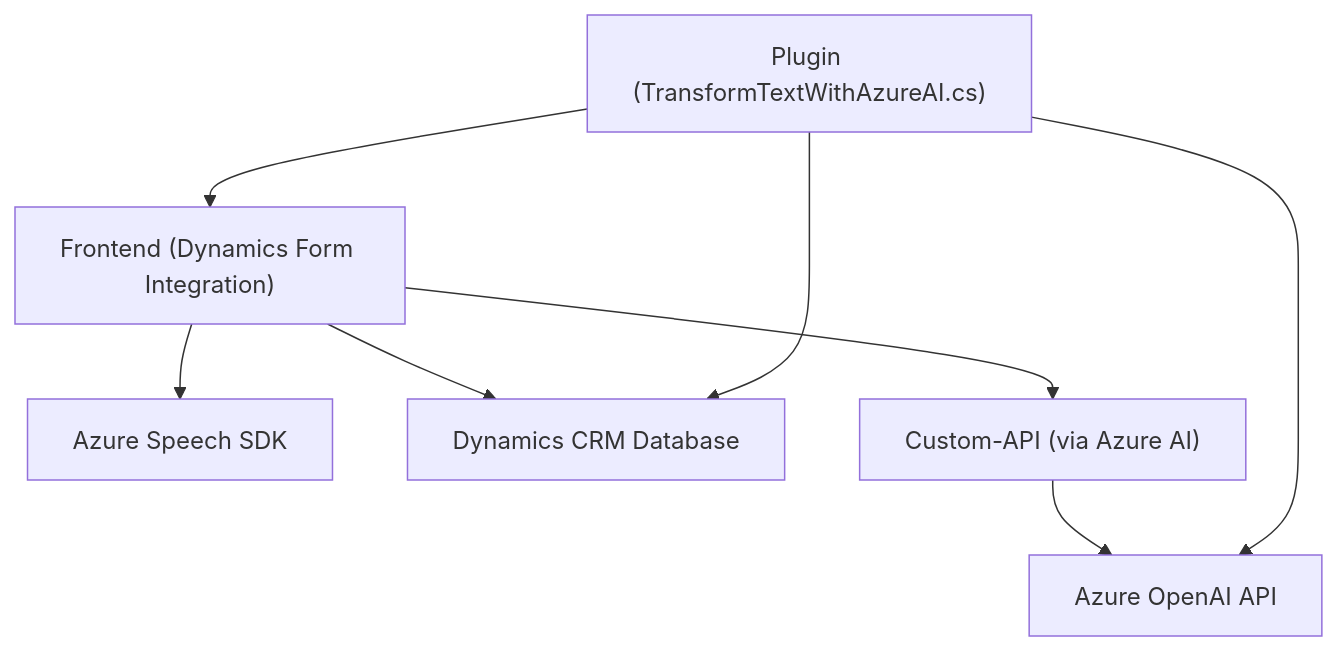
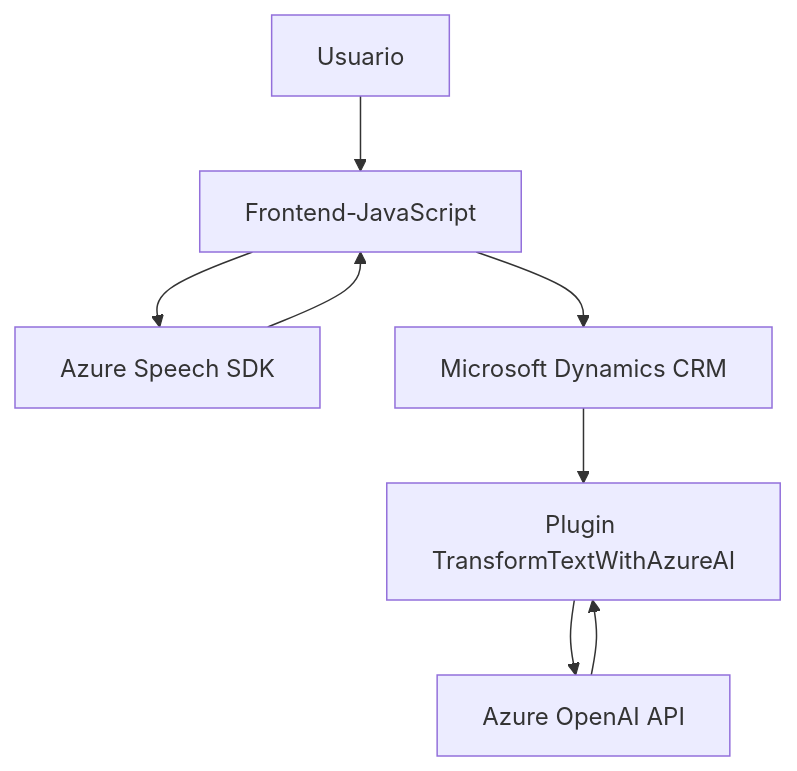
The diagram in README.md (blopezdm/NETCORE_BILBAO2025), drawn with Mermaid before and after one commit. The commit also changed other lines of this file, not shown here.

````diff
--- a/README.md
+++ b/README.md
@@ -43,17 +56,10 @@
 ```mermaid
 graph TD
-    A["Frontend (Dynamics Form Integration)"]
-    B["Plugin (TransformTextWithAzureAI.cs)"]
-    C["Azure Speech SDK"]
-    D["Dynamics CRM Database"]
-    E["Azure OpenAI API"]
-    F["Custom-API (via Azure AI)"]
-
-    A --> C
-    A --> D
-    A --> F
+    A["Usuario"] --> B["Frontend-JavaScript"]
+    B --> C["Azure Speech SDK"]
+    B --> D["Microsoft Dynamics CRM"]
+    D --> E["Plugin TransformTextWithAzureAI"]
+    E --> F["Azure OpenAI API"]
+    C --> B
     F --> E
-    B --> E
-    B --> D
-    B --> A
 ```
````
